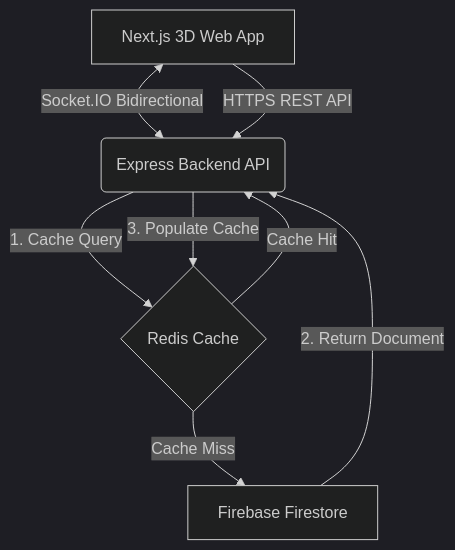
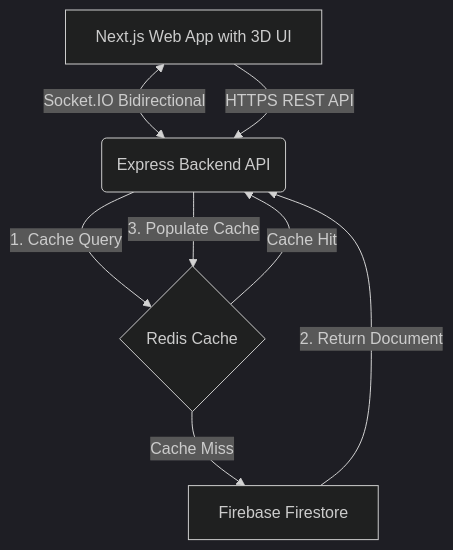
One commit to pranansh-s/xhess changed the diagram in README.md. Above: the diagram before and after it, drawn with Mermaid (dark theme). The commit also changed other lines of this file and 19 other files, not shown here.

````diff
--- a/README.md
+++ b/README.md
@@ -53,10 +53,10 @@
 ```mermaid
 graph TD
-    A[Next.js 3D Web App] <-->|Socket.IO Bidirectional| B(Express Backend API)
+    A[Next.js Web App with 3D UI] <-->|Socket.IO Bidirectional| B(Express Backend API)
     A -->|HTTPS REST API| B
     B -->|1. Cache Query| C{Redis Cache}
     C -->|Cache Hit| B
     C -->|Cache Miss| D[Firebase Firestore]
     D -->|2. Return Document| B
     B -->|3. Populate Cache| C
 ```
````
